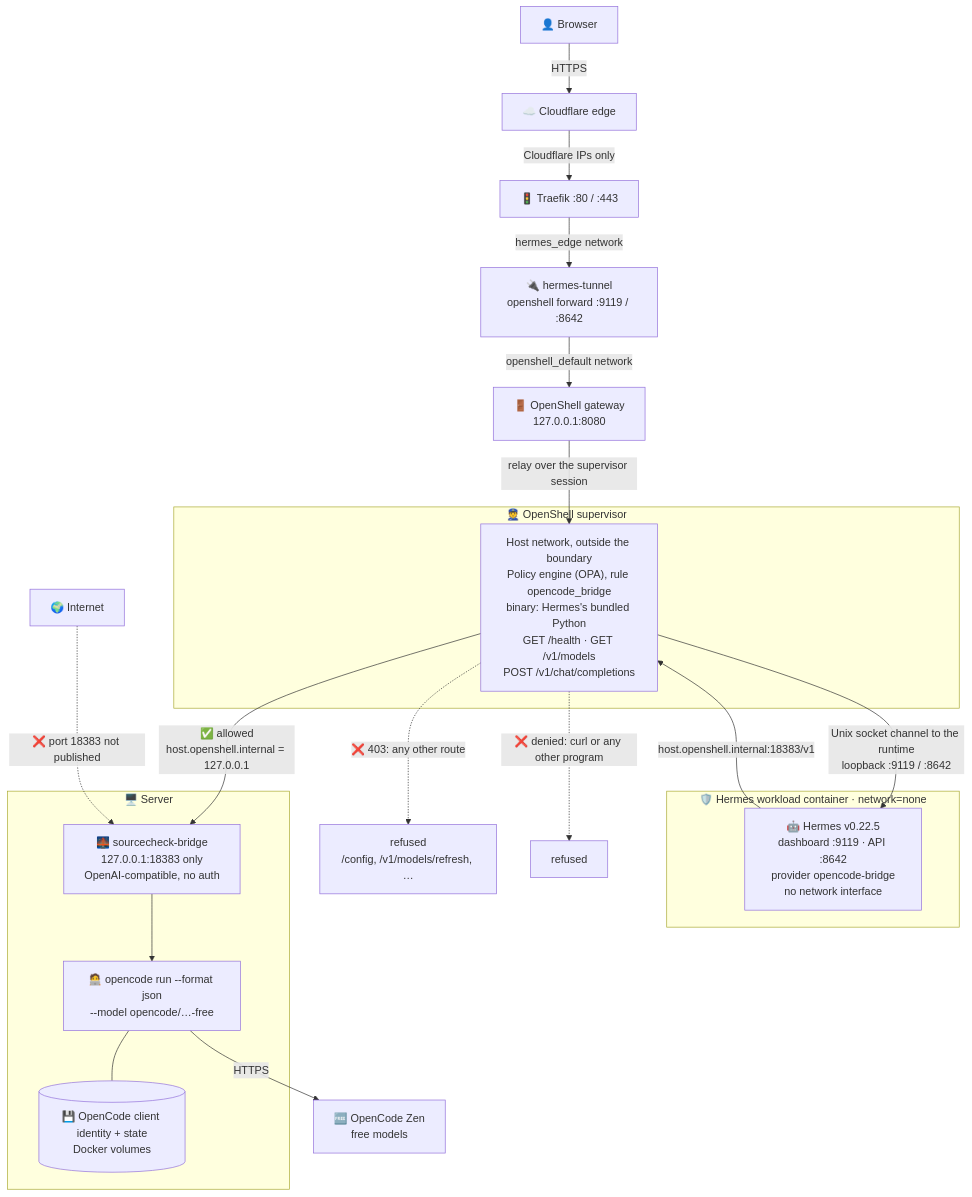
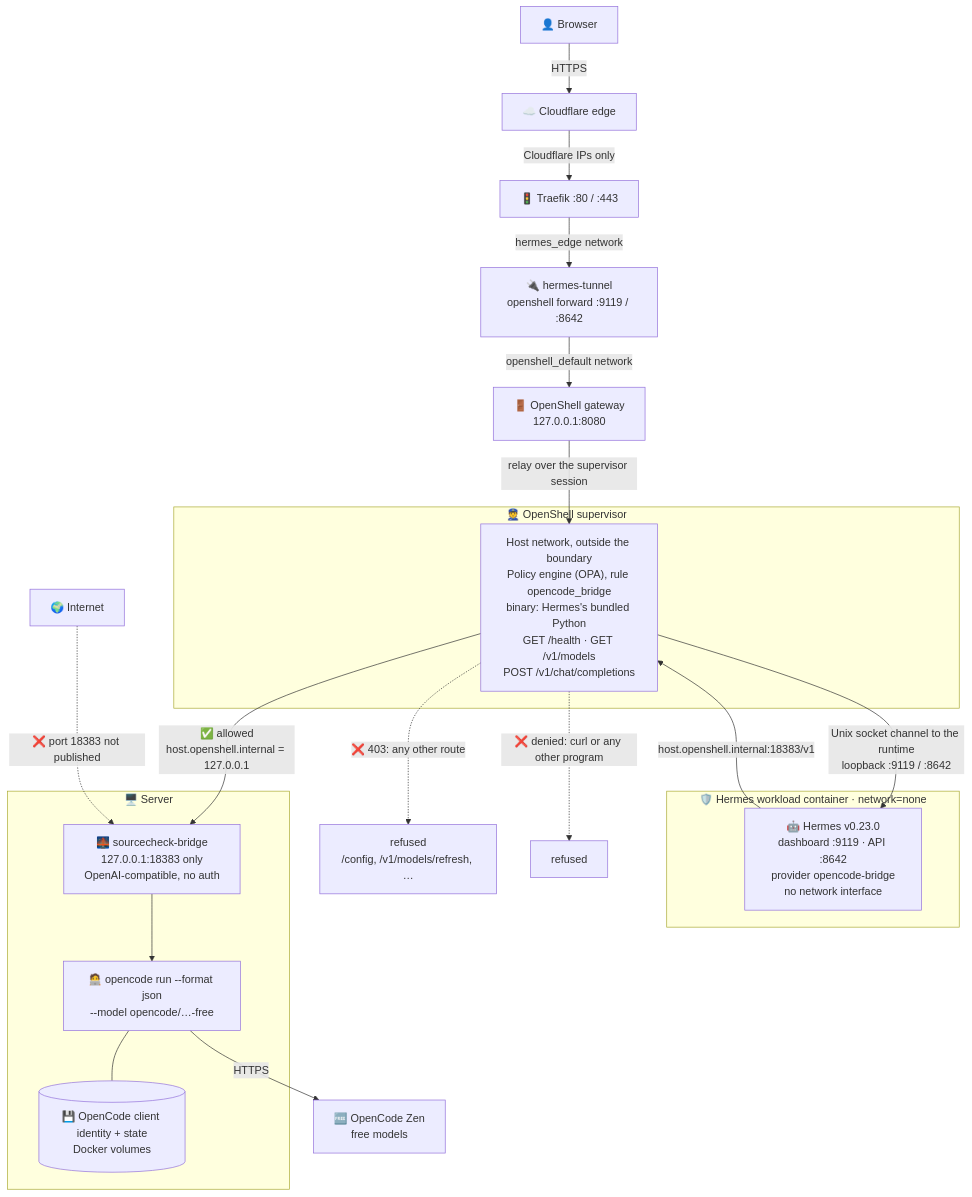
One commit to ch-muhammad-asim/OpenDevOps changed the first of 2 diagrams in sandbox/opencode/README.md. Above: the diagram before and after it, drawn with Mermaid. The commit also changed 17 other files, not shown here.

````diff
--- a/sandbox/opencode/README.md
+++ b/sandbox/opencode/README.md
@@ -24,33 +24,33 @@
 ```mermaid
 flowchart TB
   U["👤 Browser"] -->|"HTTPS"| CF["☁️ Cloudflare edge"]
   CF -->|"Cloudflare IPs only"| TR["🚦 Traefik :80 / :443"]
   TR -->|"hermes_edge network"| TU["🔌 hermes-tunnel<br/>openshell forward :9119 / :8642"]
   TU -->|"openshell_default network"| GW["🚪 OpenShell gateway<br/>127.0.0.1:8080"]
   GW -->|"relay over the supervisor session"| P
   P -->|"Unix socket channel to the runtime<br/>loopback :9119 / :8642"| H
 
   subgraph SBX["🛡️ Hermes workload container · network=none"]
-    H["🤖 Hermes v0.22.5<br/>dashboard :9119 · API :8642<br/>provider opencode-bridge<br/>no network interface"]
+    H["🤖 Hermes v0.23.0<br/>dashboard :9119 · API :8642<br/>provider opencode-bridge<br/>no network interface"]
   end
 
   subgraph SUPV["👮 OpenShell supervisor"]
     P["Host network, outside the boundary<br/>Policy engine (OPA), rule opencode_bridge<br/>binary: Hermes's bundled Python<br/>GET /health · GET /v1/models<br/>POST /v1/chat/completions"]
   end
 
   H -->|"host.openshell.internal:18383/v1"| P
   P -->|"✅ allowed<br/>host.openshell.internal = 127.0.0.1"| BR
   P -.->|"❌ 403: any other route"| X1["refused<br/>/config, /v1/models/refresh, …"]
   P -.->|"❌ denied: curl or any other program"| X2["refused"]
 
   subgraph HOST["🖥️ Server"]
     BR["🌉 sourcecheck-bridge<br/>127.0.0.1:18383 only<br/>OpenAI-compatible, no auth"]
     OC["🧑‍💻 opencode run --format json<br/>--model opencode/…-free"]
     VOL[("💾 OpenCode client identity + state<br/>Docker volumes")]
     BR --> OC
     OC --- VOL
   end
 
   OC -->|"HTTPS"| ZEN["🆓 OpenCode Zen<br/>free models"]
   INET["🌍 Internet"] -.->|"❌ port 18383 not published"| BR
 ```
````
